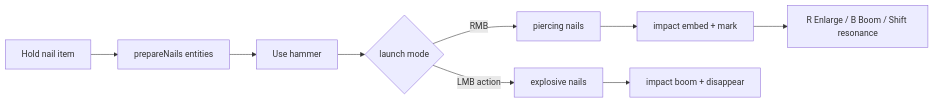
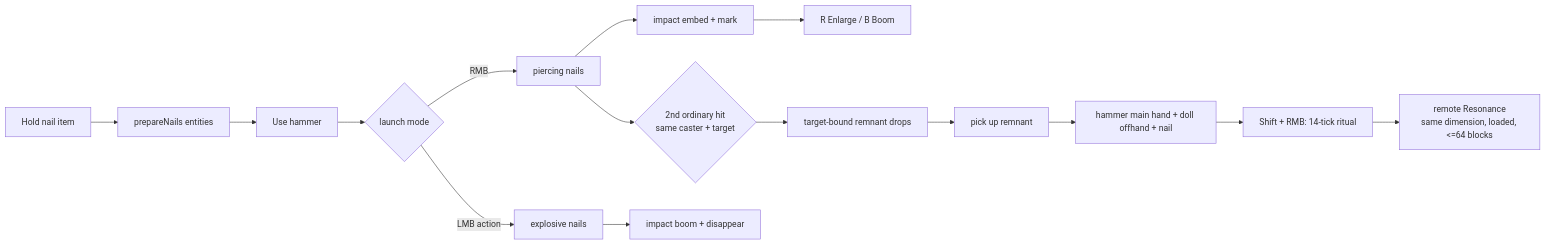
Before and after one commit to grebeshok105/jujutsu-minecraft: the diagram in Jujutsu Kaizen/jujutsumod-codebase-codex/03-systems/Nobara-overview.md, drawn with Mermaid. The commit also changed other lines of this file and 13 other files, not shown here.

Commit message:
docs(nobara): document straw doll resonance

````diff
--- a/Jujutsu Kaizen/jujutsumod-codebase-codex/03-systems/Nobara-overview.md
+++ b/Jujutsu Kaizen/jujutsumod-codebase-codex/03-systems/Nobara-overview.md
@@ -25,11 +26,17 @@
 ```mermaid
 flowchart LR
   A[Hold nail item] --> B[prepareNails entities]
   B --> C[Use hammer]
   C --> D{launch mode}
   D -->|RMB| E[piercing nails]
   D -->|LMB action| F[explosive nails]
   E --> G[impact embed + mark]
   F --> H[impact boom + disappear]
-  G --> I[R Enlarge / B Boom / Shift resonance]
+  G --> I[R Enlarge / B Boom]
+  E --> J{2nd ordinary hit<br/>same caster + target}
+  J --> K[target-bound remnant drops]
+  K --> L[pick up remnant]
+  L --> M[hammer main hand + doll offhand + nail]
+  M --> N[Shift + RMB: 14-tick ritual]
+  N --> O[remote Resonance<br/>same dimension, loaded, <=64 blocks]
 ```
````
